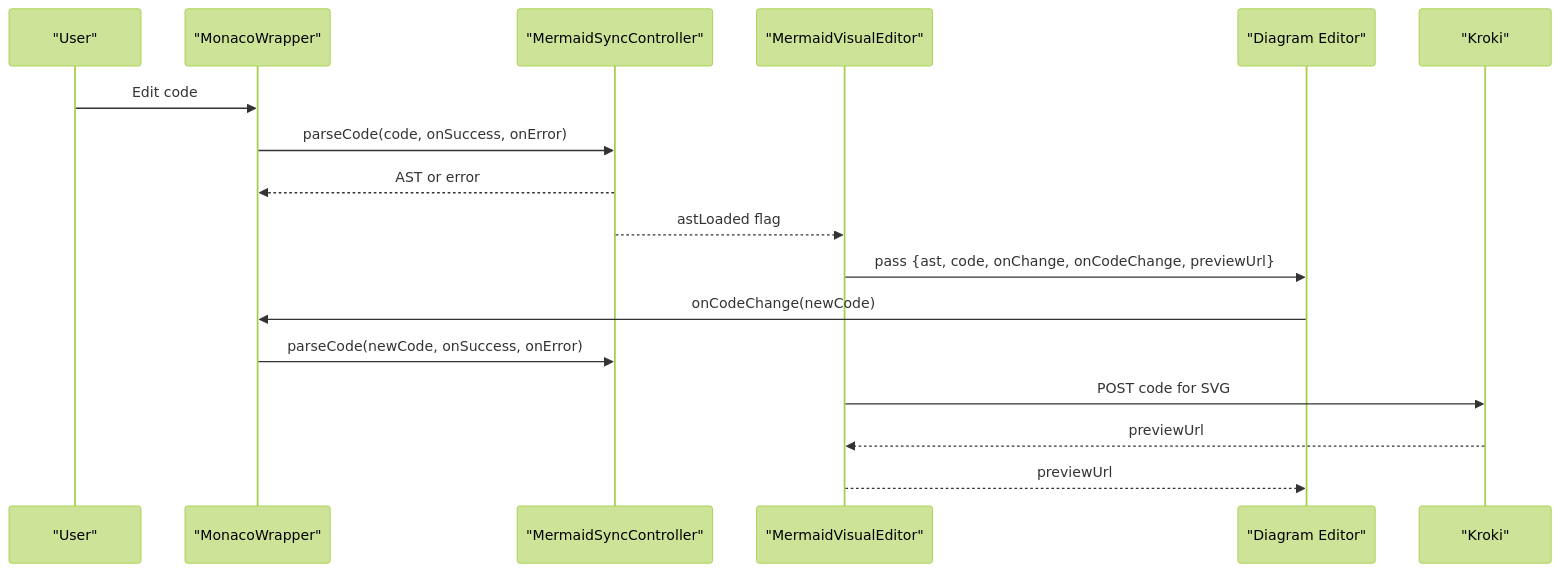
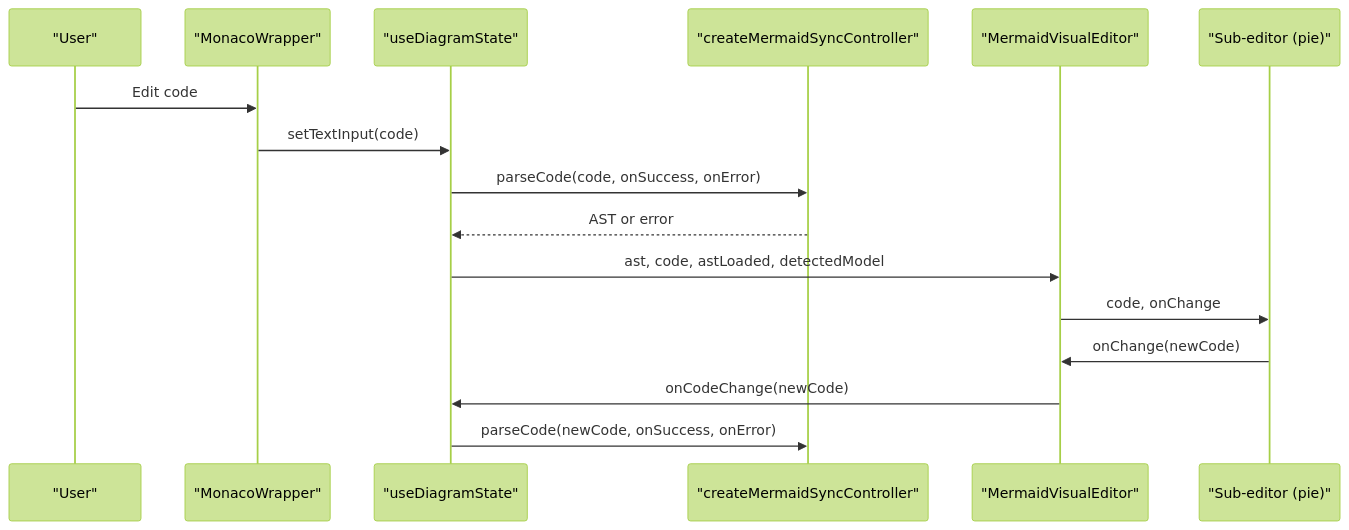
The second of 4 diagrams in .qoder/repowiki/en/content/Editor Architecture/Visual Editors/Mermaid Visual Editor.md (ongchonghian/universal-diagram-editor), drawn with Mermaid (forest theme) before and after one commit. The commit also changed other lines of this file and 31 other files, not shown here.

````diff
--- a/.qoder/repowiki/en/content/Editor Architecture/Visual Editors/Mermaid Visual Editor.md
+++ b/.qoder/repowiki/en/content/Editor Architecture/Visual Editors/Mermaid Visual Editor.md
@@ -110,19 +100,18 @@
 ```mermaid
 sequenceDiagram
 participant User as "User"
 participant Monaco as "MonacoWrapper"
-participant Sync as "MermaidSyncController"
+participant State as "useDiagramState"
+participant Sync as "createMermaidSyncController"
 participant Router as "MermaidVisualEditor"
-participant Editor as "Diagram Editor"
-participant Kroki as "Kroki"
+participant Editor as "Sub-editor (pie)"
 User->>Monaco : Edit code
-Monaco->>Sync : parseCode(code, onSuccess, onError)
-Sync-->>Monaco : AST or error
-Sync-->>Router : astLoaded flag
-Router->>Editor : pass {ast, code, onChange, onCodeChange, previewUrl}
-Editor->>Monaco : onCodeChange(newCode)
-Monaco->>Sync : parseCode(newCode, onSuccess, onError)
-Router->>Kroki : POST code for SVG
-Kroki-->>Router : previewUrl
-Router-->>Editor : previewUrl
+Monaco->>State : setTextInput(code)
+State->>Sync : parseCode(code, onSuccess, onError)
+Sync-->>State : AST or error
+State->>Router : ast, code, astLoaded, detectedModel
+Router->>Editor : code, onChange
+Editor->>Router : onChange(newCode)
+Router->>State : onCodeChange(newCode)
+State->>Sync : parseCode(newCode, onSuccess, onError)
 ```
````
